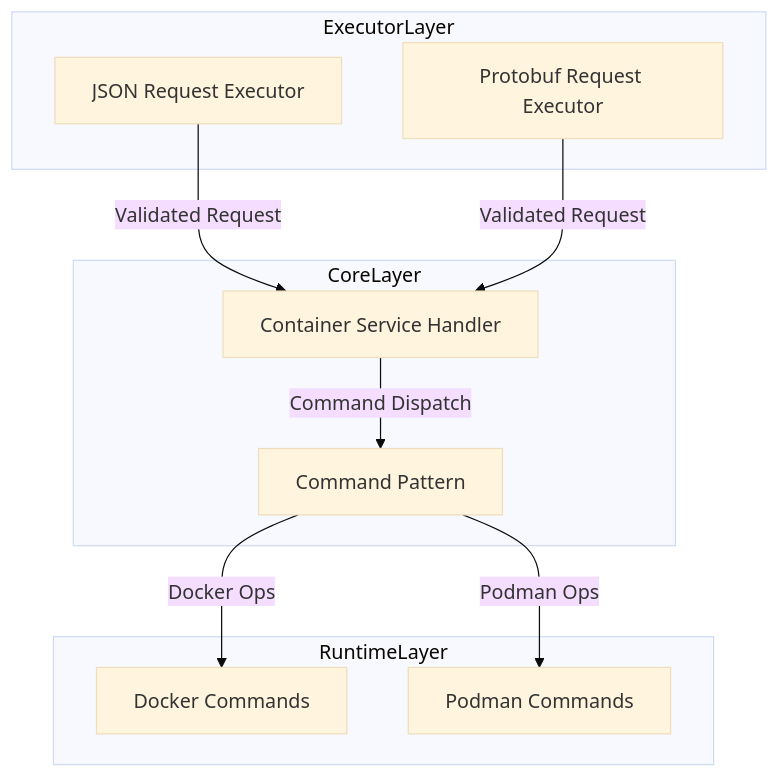
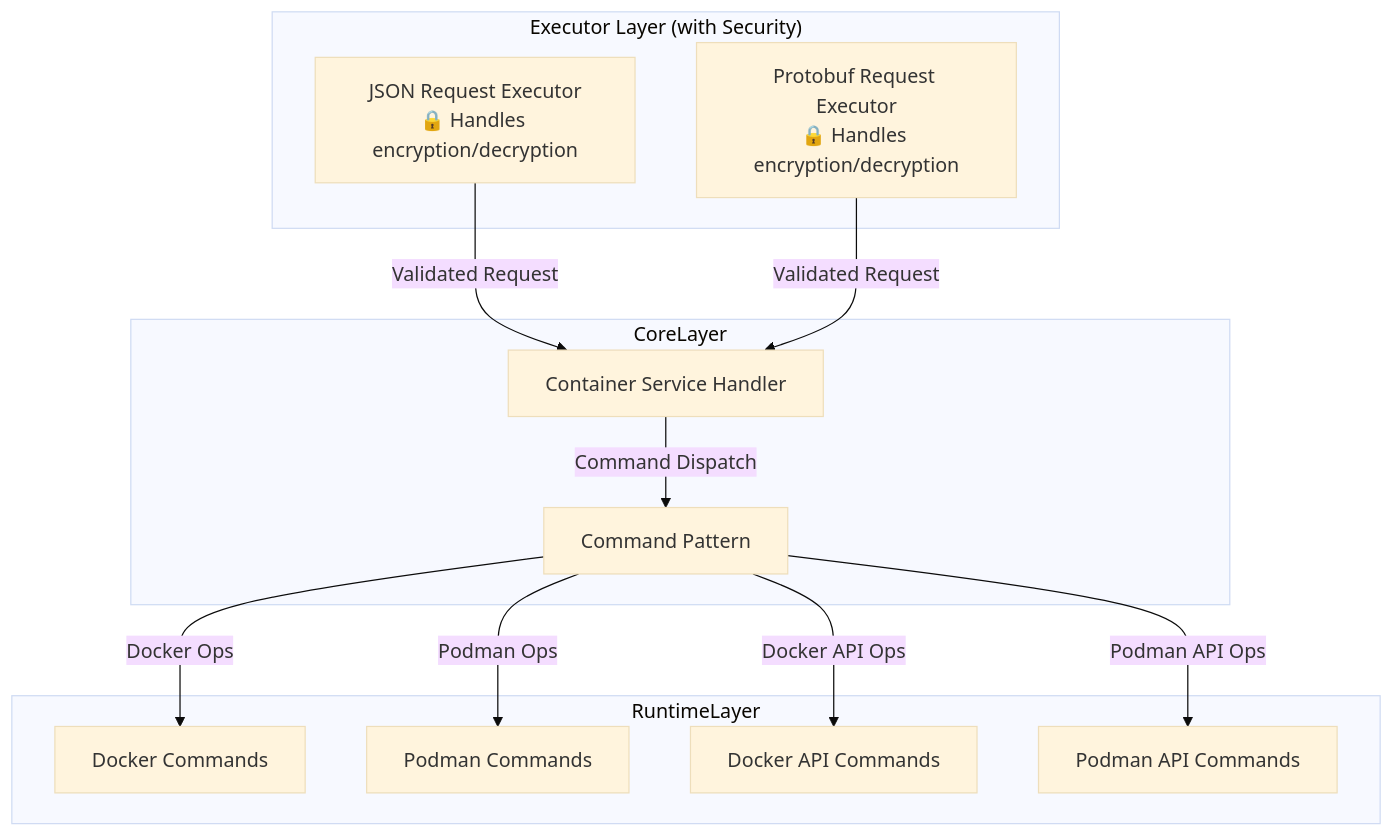
One commit to Komal-kalyanraman/container_manager changed the third of 6 diagrams in docs/architecture/architecture_diagram.md. Above: the diagram before and after it, drawn with Mermaid (base theme). The commit also changed other lines of this file and 7 other files, not shown here.

Commit message:
updated architecture diagrams

````diff
--- a/docs/architecture/architecture_diagram.md
+++ b/docs/architecture/architecture_diagram.md
@@ -145,23 +118,27 @@
 ```mermaid
 flowchart TD
-subgraph ExecutorLayer
-JSON[JSON Request Executor]
-PROTO[Protobuf Request Executor]
+subgraph ExecutorLayer["Executor Layer (with Security)"]
+JSON[JSON Request Executor<br/>🔒 Handles encryption/decryption]
+PROTO[Protobuf Request Executor<br/>🔒 Handles encryption/decryption]
 end
 
 subgraph CoreLayer
 SERVICE[Container Service Handler]
 COMMANDS[Command Pattern]
 end
 
 subgraph RuntimeLayer
 DOCKER[Docker Commands]
 PODMAN[Podman Commands]
+DOCKERAPI[Docker API Commands]
+PODMANAPI[Podman API Commands]
 end
 
-JSON -- Validated Request --> SERVICE
-PROTO -- Validated Request --> SERVICE
-SERVICE -- Command Dispatch --> COMMANDS
-COMMANDS -- Docker Ops --> DOCKER
-COMMANDS -- Podman Ops --> PODMAN
+JSON -- "Validated Request" --> SERVICE
+PROTO -- "Validated Request" --> SERVICE
+SERVICE -- "Command Dispatch" --> COMMANDS
+COMMANDS -- "Docker Ops" --> DOCKER
+COMMANDS -- "Podman Ops" --> PODMAN
+COMMANDS -- "Docker API Ops" --> DOCKERAPI
+COMMANDS -- "Podman API Ops" --> PODMANAPI
 ```
````
